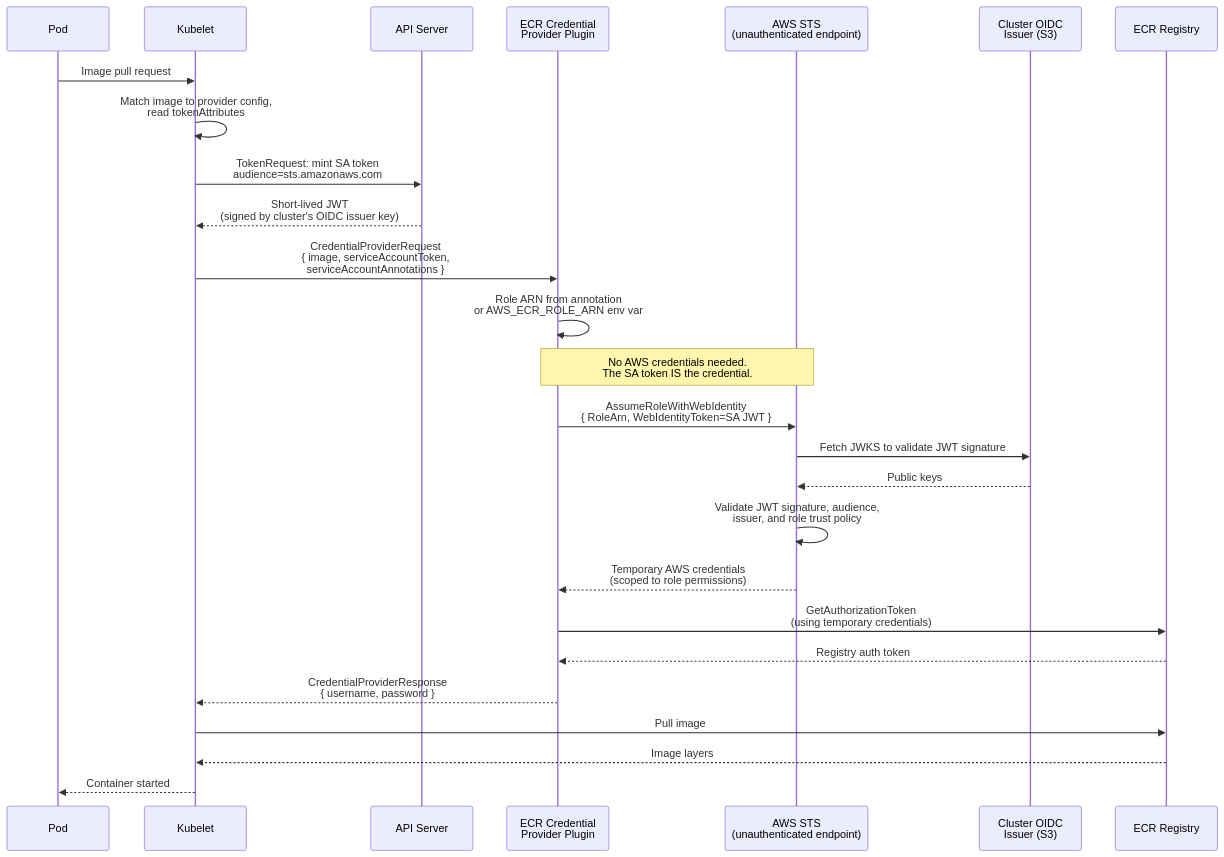
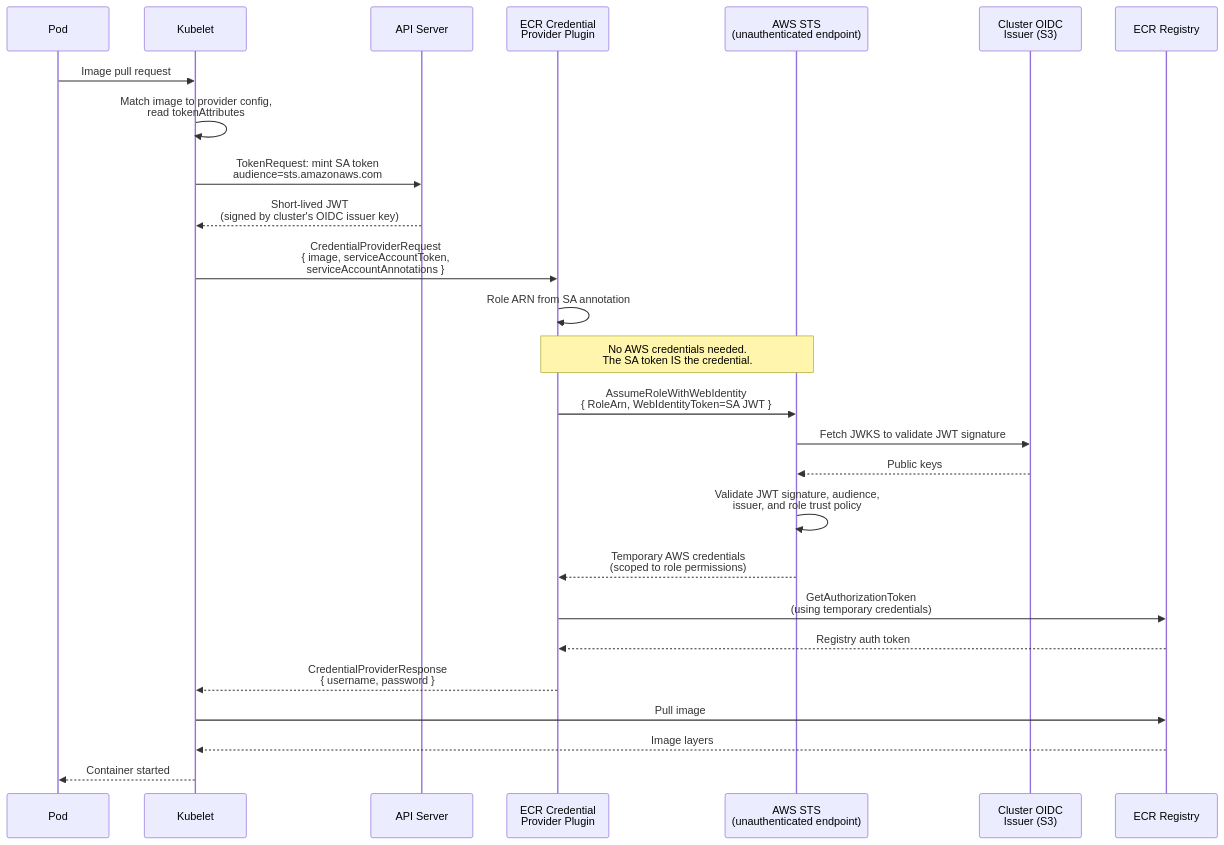
The first of 3 diagrams in enhancements/cloud-integration/projected-service-account-tokens-for-credential-providers.md (openshift/enhancements), drawn with Mermaid before and after one commit. The commit also changed other lines of this file, not shown here.

````diff
--- a/enhancements/cloud-integration/projected-service-account-tokens-for-credential-providers.md
+++ b/enhancements/cloud-integration/projected-service-account-tokens-for-credential-providers.md
@@ -140,45 +114,45 @@
 ```mermaid
 sequenceDiagram
     participant Pod
     participant Kubelet
     participant API as API Server
     participant Plugin as ECR Credential<br/>Provider Plugin
     participant STS as AWS STS<br/>(unauthenticated endpoint)
     participant OIDC as Cluster OIDC<br/>Issuer (S3)
     participant ECR as ECR Registry
 
     Pod->>Kubelet: Image pull request
 
     Kubelet->>Kubelet: Match image to provider config,<br/>read tokenAttributes
 
     Kubelet->>API: TokenRequest: mint SA token<br/>audience=sts.amazonaws.com
 
     API-->>Kubelet: Short-lived JWT<br/>(signed by cluster's OIDC issuer key)
 
     Kubelet->>Plugin: CredentialProviderRequest<br/>{ image, serviceAccountToken,<br/>serviceAccountAnnotations }
 
-    Plugin->>Plugin: Role ARN from annotation<br/>or AWS_ECR_ROLE_ARN env var
+    Plugin->>Plugin: Role ARN from SA annotation
 
     Note over Plugin,STS: No AWS credentials needed.<br/>The SA token IS the credential.
 
     Plugin->>STS: AssumeRoleWithWebIdentity<br/>{ RoleArn, WebIdentityToken=SA JWT }
 
     STS->>OIDC: Fetch JWKS to validate JWT signature
 
     OIDC-->>STS: Public keys
 
     STS->>STS: Validate JWT signature, audience,<br/>issuer, and role trust policy
 
     STS-->>Plugin: Temporary AWS credentials<br/>(scoped to role permissions)
 
     Plugin->>ECR: GetAuthorizationToken<br/>(using temporary credentials)
 
     ECR-->>Plugin: Registry auth token
 
     Plugin-->>Kubelet: CredentialProviderResponse<br/>{ username, password }
 
     Kubelet->>ECR: Pull image
 
     ECR-->>Kubelet: Image layers
     Kubelet-->>Pod: Container started
 ```
````
